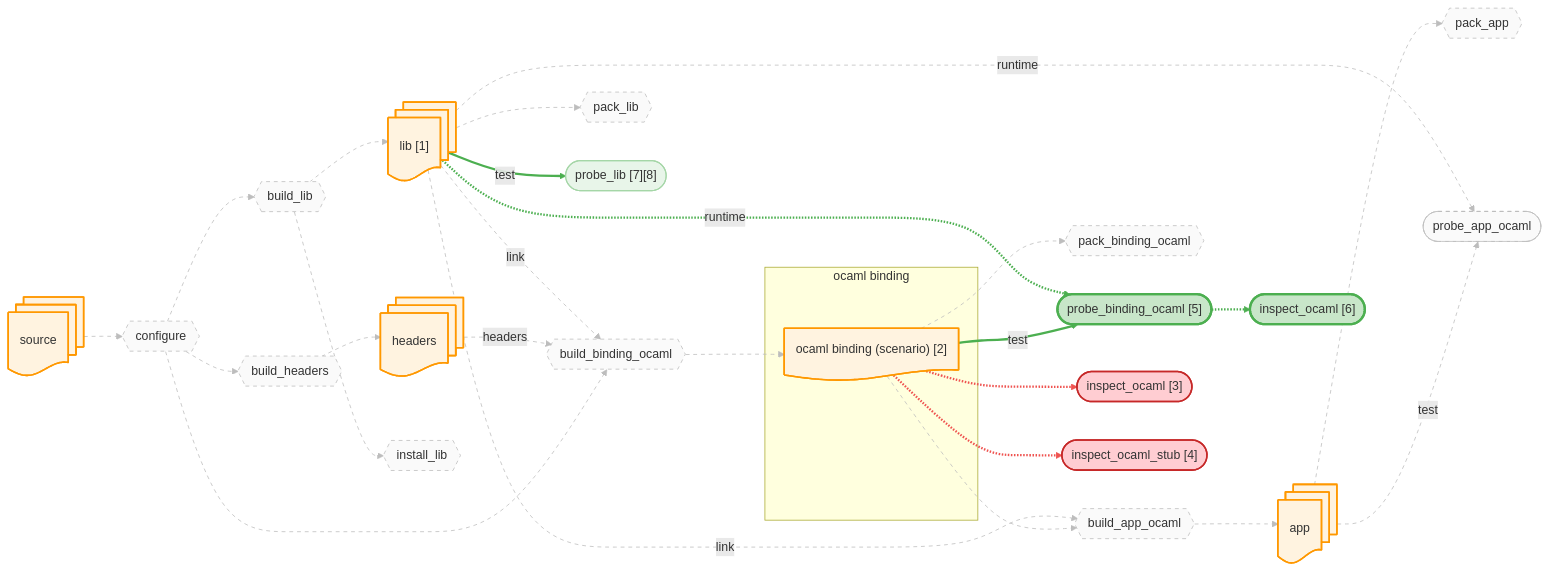
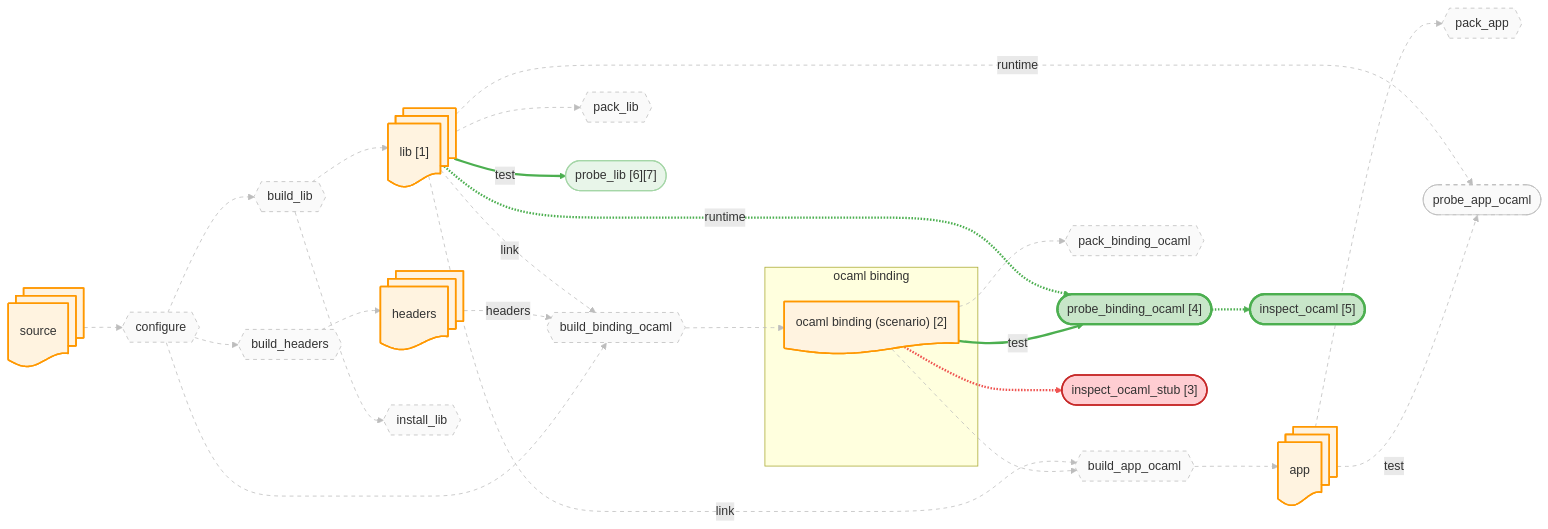
The diagram in docs/canary/projects/zlib/-run/diagrams/binding_ocaml.mmd (JHU-PL-Lab/tola), drawn with Mermaid before and after one commit. The commit also changed 34 other files, not shown here.

```diff
--- a/docs/canary/projects/zlib/-run/diagrams/binding_ocaml.mmd
+++ b/docs/canary/projects/zlib/-run/diagrams/binding_ocaml.mmd
@@ -1,99 +1,95 @@
 %% view: binding_ocaml
 graph LR
     source_node@{ shape: docs, label: "source" }
     headers_node@{ shape: docs, label: "headers" }
     lib_node@{ shape: docs, label: "lib [1]" }
     app_node@{ shape: docs, label: "app" }
     subgraph ocaml_binding_sg ["ocaml binding"]
       ocaml_binding_fetch_node@{ shape: doc, label: "ocaml binding (scenario) [2]" }
     end
 
     A_configure{{"configure"}}
     A_build_headers{{"build_headers"}}
     A_build_lib{{"build_lib"}}
     A_build_binding_ocaml{{"build_binding_ocaml"}}
     A_build_app_ocaml{{"build_app_ocaml"}}
     A_install_lib{{"install_lib"}}
     A_pack_binding_ocaml{{"pack_binding_ocaml"}}
     A_pack_lib{{"pack_lib"}}
     A_pack_app{{"pack_app"}}
-    A_probe_binding_ocaml(["probe_binding_ocaml [5]"])
+    A_probe_binding_ocaml(["probe_binding_ocaml [4]"])
     A_probe_app_ocaml(["probe_app_ocaml"])
-    A_probe_lib(["probe_lib [7][8]"])
-    A_fetch_binding_ocaml_inspect(["inspect_ocaml [3]"])
-    A_fetch_binding_ocaml_stub_inspect(["inspect_ocaml_stub [4]"])
-    A_probe_binding_ocaml_inspect(["inspect_ocaml [6]"])
+    A_probe_lib(["probe_lib [6][7]"])
+    A_fetch_binding_ocaml_stub_inspect(["inspect_ocaml_stub [3]"])
+    A_probe_binding_ocaml_inspect(["inspect_ocaml [5]"])
 
     source_node --> A_configure
     A_configure --> A_build_headers
     A_build_headers --> headers_node
     A_configure --> A_build_lib
     A_build_lib --> lib_node
     A_configure --> A_build_binding_ocaml
     headers_node -.->|headers| A_build_binding_ocaml
     lib_node -.->|link| A_build_binding_ocaml
     A_build_binding_ocaml --> ocaml_binding_fetch_node
     ocaml_binding_fetch_node --> A_build_app_ocaml
     lib_node -.->|link| A_build_app_ocaml
     A_build_app_ocaml --> app_node
     A_build_lib --> A_install_lib
     ocaml_binding_fetch_node --> A_pack_binding_ocaml
     lib_node --> A_pack_lib
     app_node --> A_pack_app
     ocaml_binding_fetch_node -->|test| A_probe_binding_ocaml
     lib_node -.->|runtime| A_probe_binding_ocaml
     app_node -->|test| A_probe_app_ocaml
     lib_node -.->|runtime| A_probe_app_ocaml
     lib_node -->|test| A_probe_lib
-    ocaml_binding_fetch_node -.-> A_fetch_binding_ocaml_inspect
     ocaml_binding_fetch_node -.-> A_fetch_binding_ocaml_stub_inspect
     A_probe_binding_ocaml -.-> A_probe_binding_ocaml_inspect
 
     classDef artifact fill:#fff3e0,stroke:#ff9800,stroke-width:2px
     classDef action fill:#f3e5f5,stroke:#9c27b0,stroke-width:2px
     classDef st_done fill:#c8e6c9,stroke:#4caf50,stroke-width:3px
     classDef st_done_ctx fill:#e8f5e9,stroke:#a5d6a7,stroke-width:1.5px
     classDef st_expected_fail fill:#fff9c4,stroke:#f9a825,stroke-width:2px
     classDef st_failed fill:#ffcdd2,stroke:#c62828,stroke-width:2px
     classDef st_skipped fill:#f5f5f5,stroke:#9e9e9e,stroke-dasharray:5
     classDef st_nospec fill:#fafafa,stroke:#bdbdbd,stroke-dasharray:5
     class source_node,headers_node,lib_node,app_node,ocaml_binding_fetch_node artifact
     class A_configure st_nospec
     class A_build_headers st_nospec
     class A_build_lib st_nospec
     class A_build_binding_ocaml st_nospec
     class A_build_app_ocaml st_nospec
     class A_install_lib st_nospec
     class A_pack_binding_ocaml st_nospec
     class A_pack_lib st_nospec
     class A_pack_app st_nospec
     class A_probe_binding_ocaml st_done
     class A_probe_app_ocaml st_nospec
     class A_probe_lib st_done_ctx
-    class A_fetch_binding_ocaml_inspect st_failed
     class A_fetch_binding_ocaml_stub_inspect st_failed
     class A_probe_binding_ocaml_inspect st_done
     linkStyle 0 stroke:#bdbdbd,stroke-width:1px,stroke-dasharray:5
     linkStyle 1 stroke:#bdbdbd,stroke-width:1px,stroke-dasharray:5
     linkStyle 2 stroke:#bdbdbd,stroke-width:1px,stroke-dasharray:5
     linkStyle 3 stroke:#bdbdbd,stroke-width:1px,stroke-dasharray:5
     linkStyle 4 stroke:#bdbdbd,stroke-width:1px,stroke-dasharray:5
     linkStyle 5 stroke:#bdbdbd,stroke-width:1px,stroke-dasharray:5
     linkStyle 6 stroke:#bdbdbd,stroke-width:1px,stroke-dasharray:5
     linkStyle 7 stroke:#bdbdbd,stroke-width:1px,stroke-dasharray:5
     linkStyle 8 stroke:#bdbdbd,stroke-width:1px,stroke-dasharray:5
     linkStyle 9 stroke:#bdbdbd,stroke-width:1px,stroke-dasharray:5
     linkStyle 10 stroke:#bdbdbd,stroke-width:1px,stroke-dasharray:5
     linkStyle 11 stroke:#bdbdbd,stroke-width:1px,stroke-dasharray:5
     linkStyle 12 stroke:#bdbdbd,stroke-width:1px,stroke-dasharray:5
     linkStyle 13 stroke:#bdbdbd,stroke-width:1px,stroke-dasharray:5
     linkStyle 14 stroke:#bdbdbd,stroke-width:1px,stroke-dasharray:5
     linkStyle 15 stroke:#bdbdbd,stroke-width:1px,stroke-dasharray:5
     linkStyle 16 stroke:#4caf50,stroke-width:3px
     linkStyle 17 stroke:#4caf50,stroke-width:3px
     linkStyle 18 stroke:#bdbdbd,stroke-width:1px,stroke-dasharray:5
     linkStyle 19 stroke:#bdbdbd,stroke-width:1px,stroke-dasharray:5
     linkStyle 20 stroke:#4caf50,stroke-width:3px
     linkStyle 21 stroke:#ef5350,stroke-width:3px
-    linkStyle 22 stroke:#ef5350,stroke-width:3px
-    linkStyle 23 stroke:#4caf50,stroke-width:3px
+    linkStyle 22 stroke:#4caf50,stroke-width:3px
```
